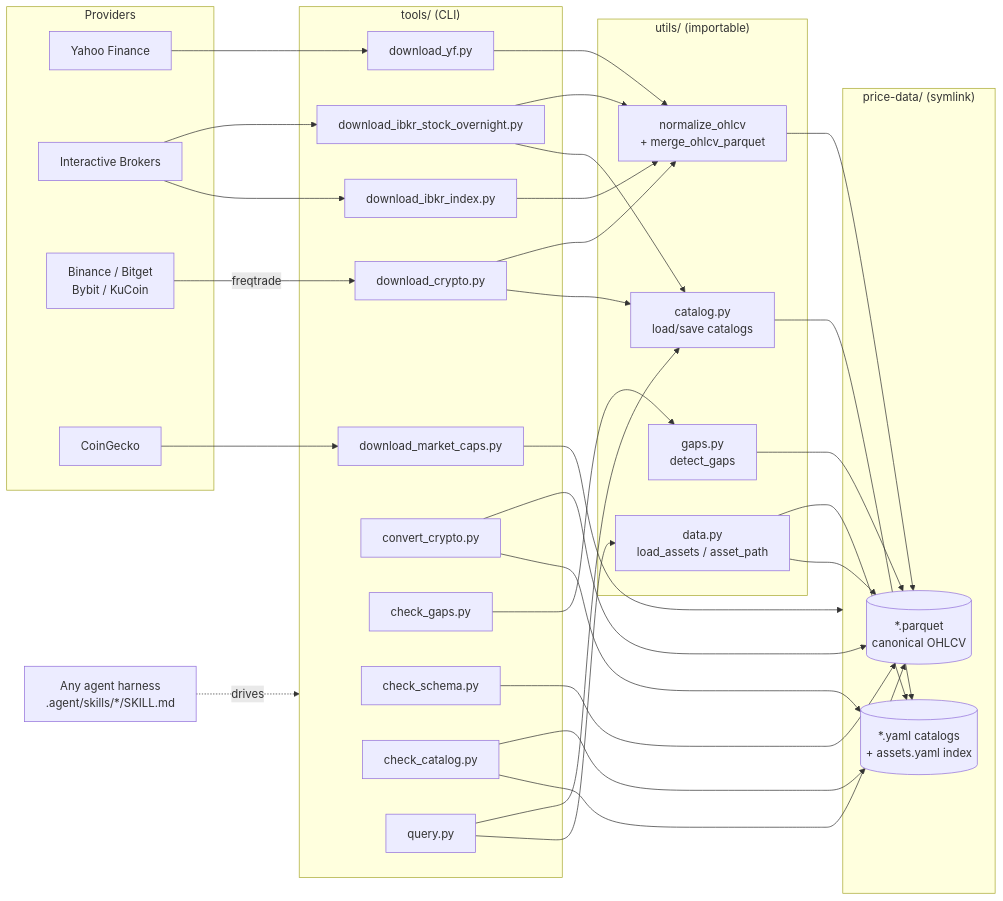
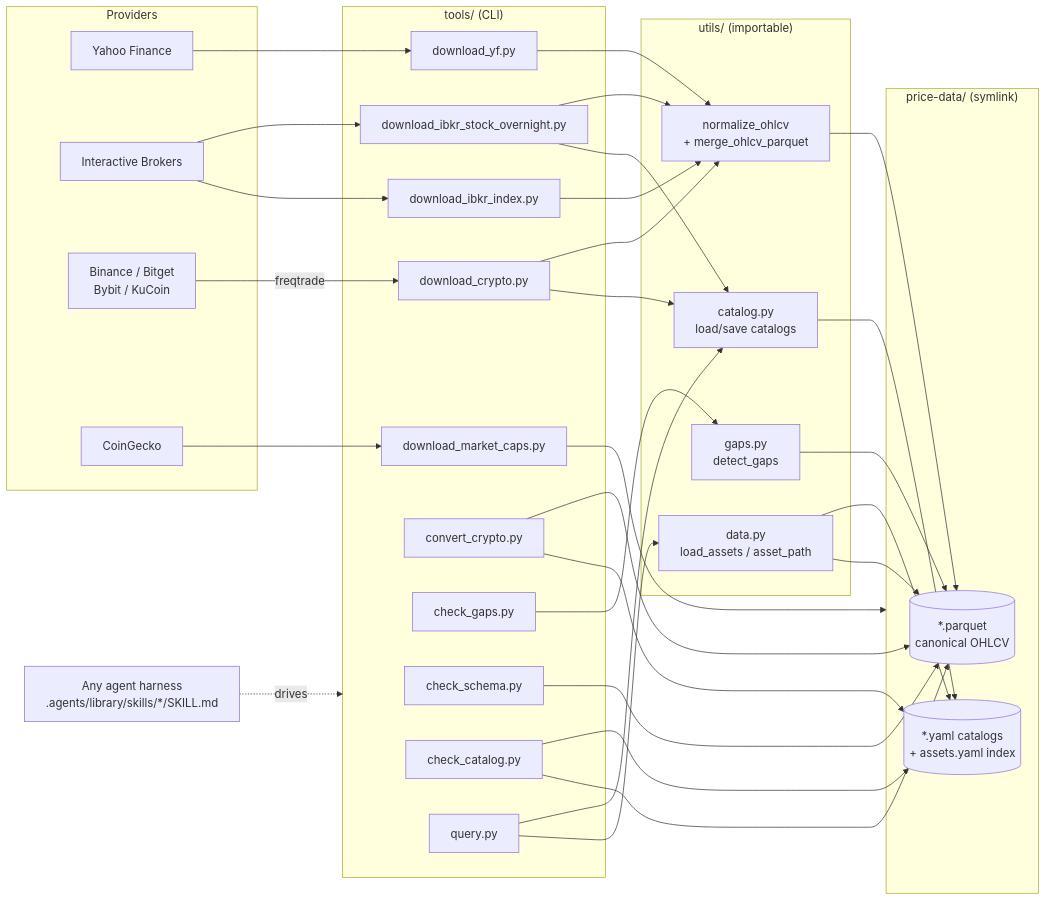
One commit to petarkabashki/ai-data-manager changed the diagram in README.md. Above: the diagram before and after it, drawn with Mermaid. The commit also changed other lines of this file and 14 other files, not shown here.

First line of the commit message:
agents: crypto-download moves to the project layer (.agents/library/skills)

````diff
--- a/README.md
+++ b/README.md
@@ -55,64 +55,64 @@
 ```mermaid
 flowchart LR
     subgraph Providers
         YF[Yahoo Finance]
         IBKR[Interactive Brokers]
         CEX[Binance / Bitget<br/>Bybit / KuCoin]
         CG[CoinGecko]
     end
 
     subgraph Tools["tools/ (CLI)"]
         DLC[download_crypto.py]
         DLY[download_yf.py]
         DLI[download_ibkr_stock_overnight.py]
         DLX[download_ibkr_index.py]
         DLM[download_market_caps.py]
         CVT[convert_crypto.py]
         CHK[check_gaps.py]
         SCH[check_schema.py]
         CCAT[check_catalog.py]
         QRY[query.py]
     end
 
     subgraph Utils["utils/ (importable)"]
         NORM[normalize_ohlcv<br/>+ merge_ohlcv_parquet]
         CAT[catalog.py<br/>load/save catalogs]
         GAP[gaps.py<br/>detect_gaps]
         DATA[data.py<br/>load_assets / asset_path]
     end
 
     subgraph Storage["price-data/ (symlink)"]
         PARQUET[("*.parquet<br/>canonical OHLCV")]
         YAML[("*.yaml catalogs<br/>+ assets.yaml index")]
     end
 
     YF --> DLY
     DLY --> NORM
     IBKR --> DLI
     IBKR --> DLX
     DLX --> NORM
     CEX -->|freqtrade| DLC
     CG --> DLM
 
     DLC --> NORM
     DLI --> NORM
     NORM --> PARQUET
     DLC --> CAT
     DLI --> CAT
     DLM --> Storage
     CAT --> YAML
 
     CVT --> PARQUET
     CVT --> YAML
     CHK --> GAP
     GAP --> PARQUET
     SCH --> PARQUET
     CCAT --> YAML
     CCAT --> PARQUET
     QRY --> CAT
     QRY --> DATA
     DATA --> YAML
     DATA --> PARQUET
 
-    Agent["Any agent harness<br/>.agent/skills/*/SKILL.md"] -.drives.-> Tools
+    Agent["Any agent harness<br/>.agents/library/skills/*/SKILL.md"] -.drives.-> Tools
 ```
````
